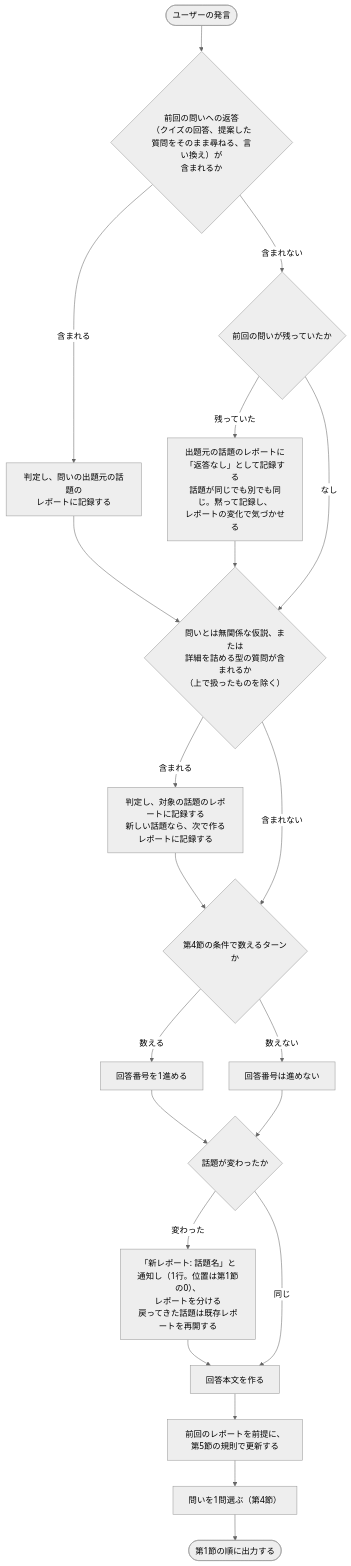
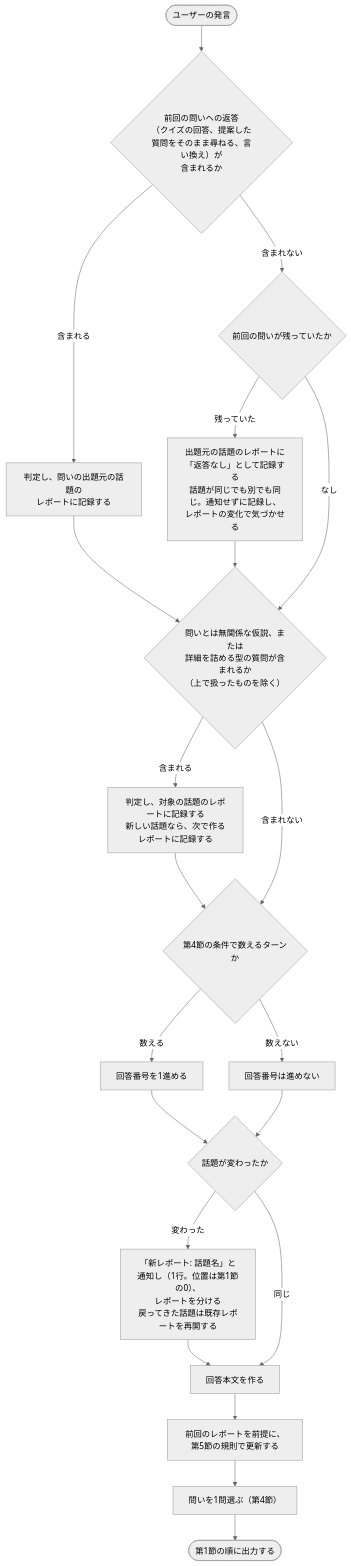
One commit to kokuto821/rikai changed the first of 3 diagrams in skills/rikai/SKILL.md. Above: the diagram before and after it, drawn with Mermaid (neutral theme). The commit also changed other lines of this file and 5 other files, not shown here.

````diff
--- a/skills/rikai/SKILL.md
+++ b/skills/rikai/SKILL.md
@@ -38,26 +38,26 @@
 ```mermaid
 flowchart TD
     Start(["ユーザーの発言"]) --> HasAnswer{"前回の問いへの返答<br/>（クイズの回答、提案した質問をそのまま尋ねる、言い換え）が<br/>含まれるか"}
     HasAnswer -- "含まれる" --> JudgeAnswer["判定し、問いの出題元の話題の<br/>レポートに記録する"]
     HasAnswer -- "含まれない" --> Pending{"前回の問いが残っていたか"}
-    Pending -- "残っていた" --> NoReply["出題元の話題のレポートに<br/>「返答なし」として記録する<br/>話題が同じでも別でも同じ。黙って記録し、<br/>レポートの変化で気づかせる"]
+    Pending -- "残っていた" --> NoReply["出題元の話題のレポートに<br/>「返答なし」として記録する<br/>話題が同じでも別でも同じ。通知せずに記録し、<br/>レポートの変化で気づかせる"]
     Pending -- "なし" --> HasFree
     JudgeAnswer --> HasFree
     NoReply --> HasFree
     HasFree{"問いとは無関係な仮説、または<br/>詳細を詰める型の質問が含まれるか<br/>（上で扱ったものを除く）"}
     HasFree -- "含まれる" --> JudgeFree["判定し、対象の話題のレポートに記録する<br/>新しい話題なら、次で作るレポートに記録する"]
     HasFree -- "含まれない" --> Count
     JudgeFree --> Count
     Count{"第4節の条件で数えるターンか"}
     Count -- "数える" --> Inc["回答番号を1進める"]
     Count -- "数えない" --> Keep["回答番号は進めない"]
     Inc --> Topic
     Keep --> Topic
     Topic{"話題が変わったか"}
     Topic -- "変わった" --> Split["「新レポート: 話題名」と通知し（1行。位置は第1節の0）、<br/>レポートを分ける<br/>戻ってきた話題は既存レポートを再開する"]
     Topic -- "同じ" --> Body
     Split --> Body
     Body["回答本文を作る"] --> Report["前回のレポートを前提に、第5節の規則で更新する"]
     Report --> Pick["問いを1問選ぶ（第4節）"]
     Pick --> Out(["第1節の順に出力する"])
 ```
````
